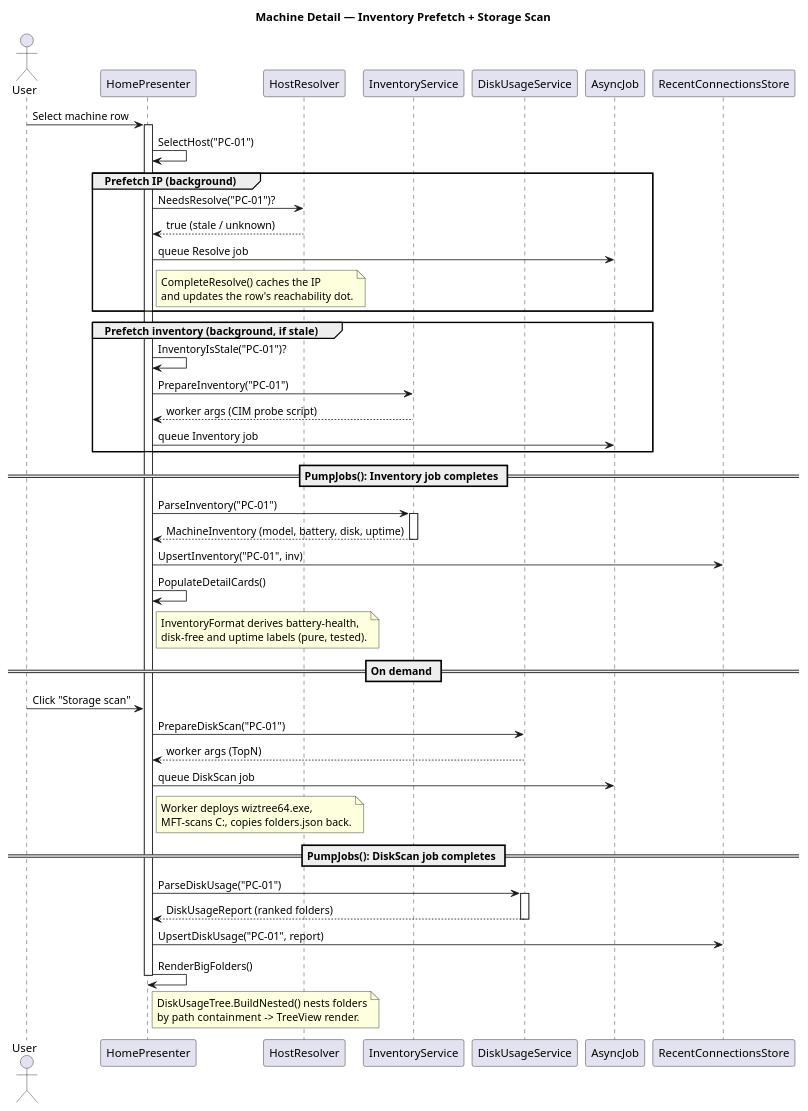
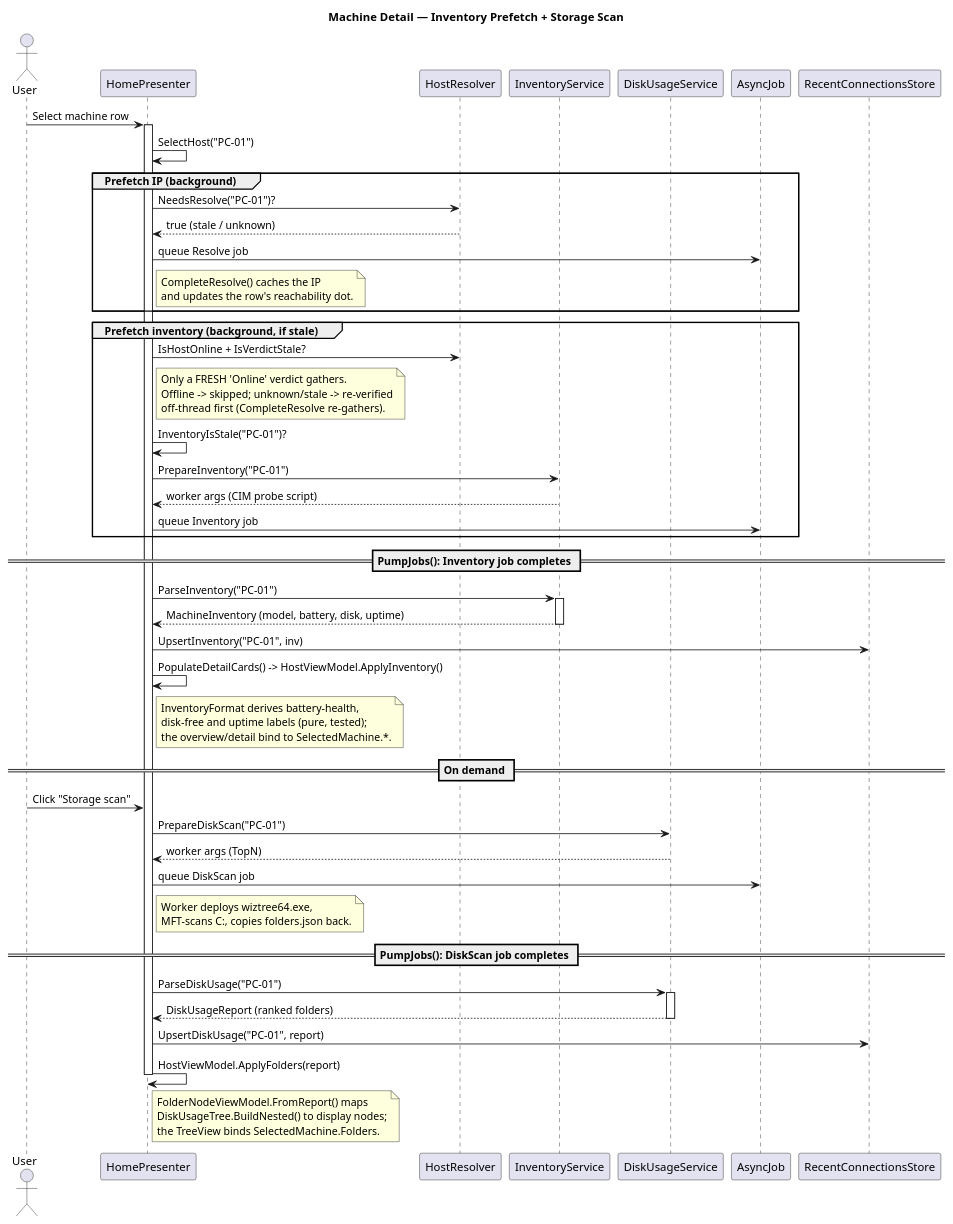
One commit to Danial-Changez/DONUT changed the diagram in docs/diagrams/inventory_sequence_diagram.puml. Above: the diagram before and after it, drawn with PlantUML. The commit also changed 24 other files, not shown here.

```diff
--- a/docs/diagrams/inventory_sequence_diagram.puml
+++ b/docs/diagrams/inventory_sequence_diagram.puml
@@ -1,55 +1,57 @@
 @startuml Inventory and Storage Sequence Diagram
 title Machine Detail — Inventory Prefetch + Storage Scan
 
 actor User
 participant "HomePresenter" as Presenter
 participant "HostResolver" as Resolver
 participant "InventoryService" as Inv
 participant "DiskUsageService" as Disk
 participant "AsyncJob" as Job
 participant "RecentConnectionsStore" as Store
 
 User -> Presenter: Select machine row
 activate Presenter
 Presenter -> Presenter: SelectHost("PC-01")
 
 group Prefetch IP (background)
     Presenter -> Resolver: NeedsResolve("PC-01")?
     Resolver --> Presenter: true (stale / unknown)
     Presenter -> Job: queue Resolve job
     note right of Presenter: CompleteResolve() caches the IP\nand updates the row's reachability dot.
 end
 
 group Prefetch inventory (background, if stale)
+    Presenter -> Resolver: IsHostOnline + IsVerdictStale?
+    note right of Presenter: Only a FRESH 'Online' verdict gathers.\nOffline -> skipped; unknown/stale -> re-verified\noff-thread first (CompleteResolve re-gathers).
     Presenter -> Presenter: InventoryIsStale("PC-01")?
     Presenter -> Inv: PrepareInventory("PC-01")
     Inv --> Presenter: worker args (CIM probe script)
     Presenter -> Job: queue Inventory job
 end
 
 == PumpJobs(): Inventory job completes ==
 Presenter -> Inv: ParseInventory("PC-01")
 activate Inv
 Inv --> Presenter: MachineInventory (model, battery, disk, uptime)
 deactivate Inv
 Presenter -> Store: UpsertInventory("PC-01", inv)
-Presenter -> Presenter: PopulateDetailCards()
-note right of Presenter: InventoryFormat derives battery-health,\ndisk-free and uptime labels (pure, tested).
+Presenter -> Presenter: PopulateDetailCards() -> HostViewModel.ApplyInventory()
+note right of Presenter: InventoryFormat derives battery-health,\ndisk-free and uptime labels (pure, tested);\nthe overview/detail bind to SelectedMachine.*.
 
 == On demand ==
 User -> Presenter: Click "Storage scan"
 Presenter -> Disk: PrepareDiskScan("PC-01")
 Disk --> Presenter: worker args (TopN)
 Presenter -> Job: queue DiskScan job
 note right of Presenter: Worker deploys wiztree64.exe,\nMFT-scans C:, copies folders.json back.
 
 == PumpJobs(): DiskScan job completes ==
 Presenter -> Disk: ParseDiskUsage("PC-01")
 activate Disk
 Disk --> Presenter: DiskUsageReport (ranked folders)
 deactivate Disk
 Presenter -> Store: UpsertDiskUsage("PC-01", report)
-Presenter -> Presenter: RenderBigFolders()
-note right of Presenter: DiskUsageTree.BuildNested() nests folders\nby path containment -> TreeView render.
+Presenter -> Presenter: HostViewModel.ApplyFolders(report)
+note right of Presenter: FolderNodeViewModel.FromReport() maps\nDiskUsageTree.BuildNested() to display nodes;\nthe TreeView binds SelectedMachine.Folders.
 deactivate Presenter
 @enduml
```
